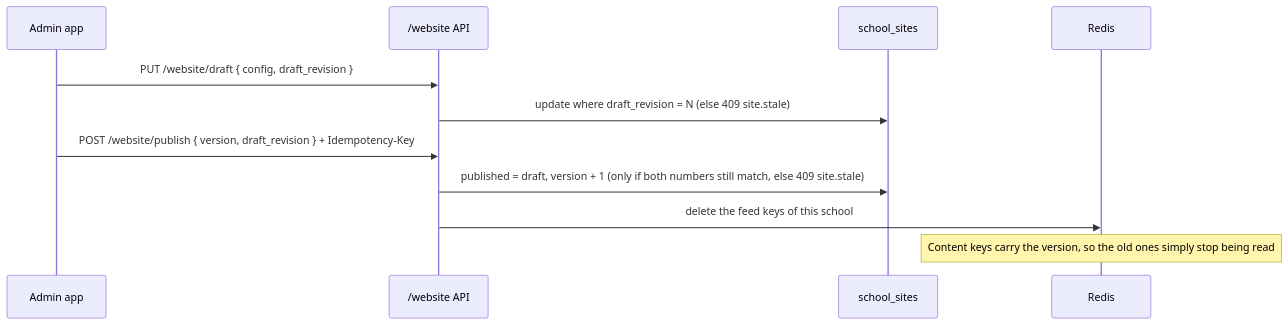
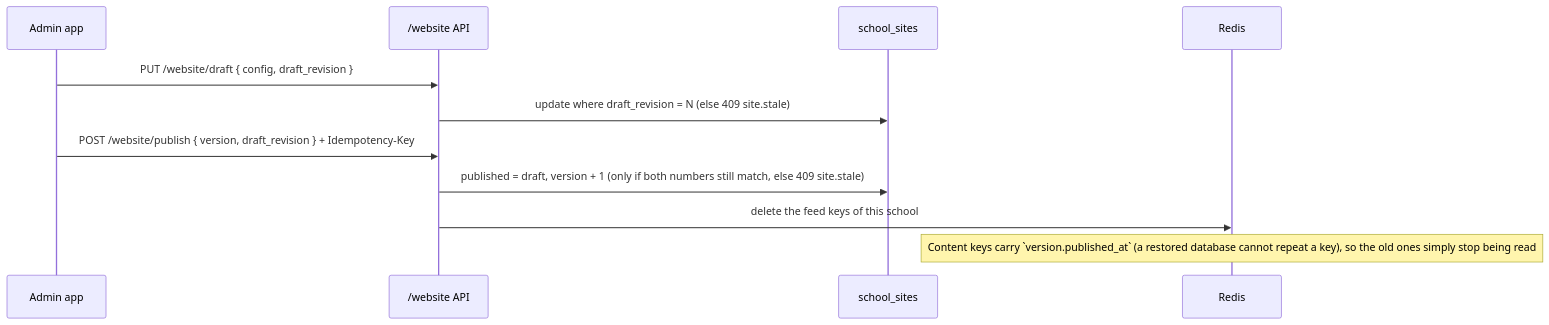
Before and after one commit to tareq89/biddaloy: the second of 7 diagrams in docs/architecture/42-school-website.md, drawn with Mermaid. The commit also changed other lines of this file and 12 other files, not shown here.

````diff
--- a/docs/architecture/42-school-website.md
+++ b/docs/architecture/42-school-website.md
@@ -29,13 +29,13 @@
 ```mermaid
 sequenceDiagram
   participant A as Admin app
   participant API as /website API
   participant DB as school_sites
   participant R as Redis
   A->>API: PUT /website/draft { config, draft_revision }
   API->>DB: update where draft_revision = N (else 409 site.stale)
   A->>API: POST /website/publish { version, draft_revision } + Idempotency-Key
   API->>DB: published = draft, version + 1 (only if both numbers still match, else 409 site.stale)
   API->>R: delete the feed keys of this school
-  Note over R: Content keys carry the version, so the old ones simply stop being read
+  Note over R: Content keys carry `version.published_at` (a restored database cannot repeat a key), so the old ones simply stop being read
 ```
````
